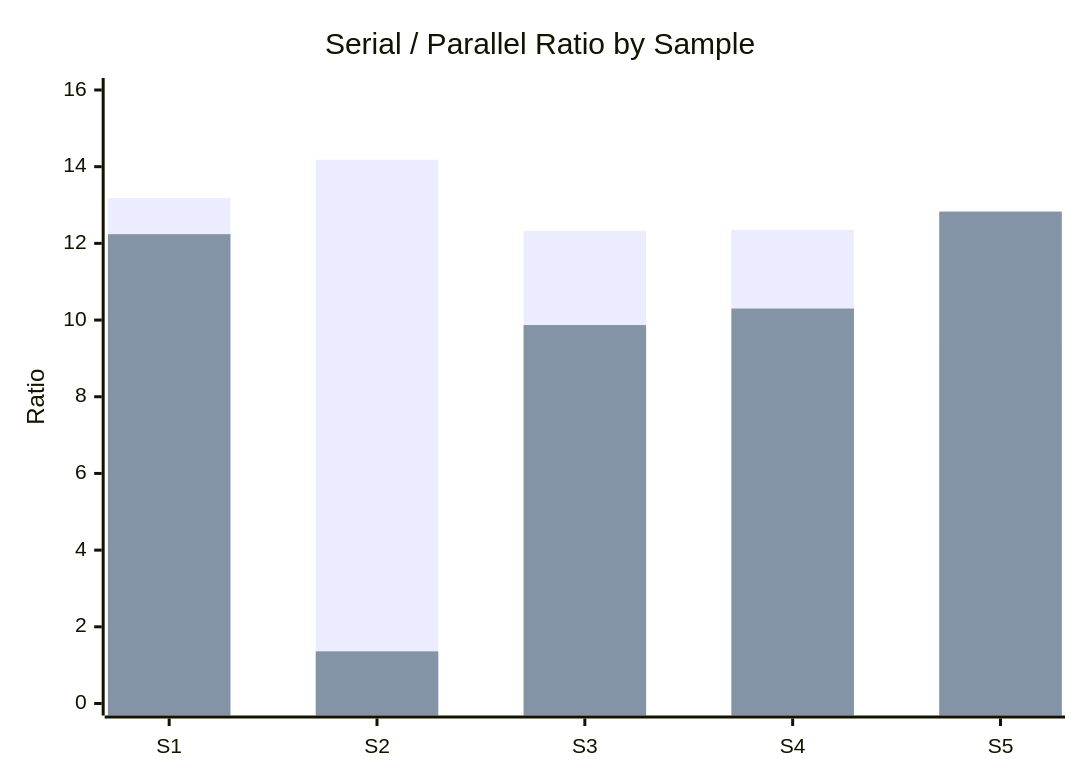
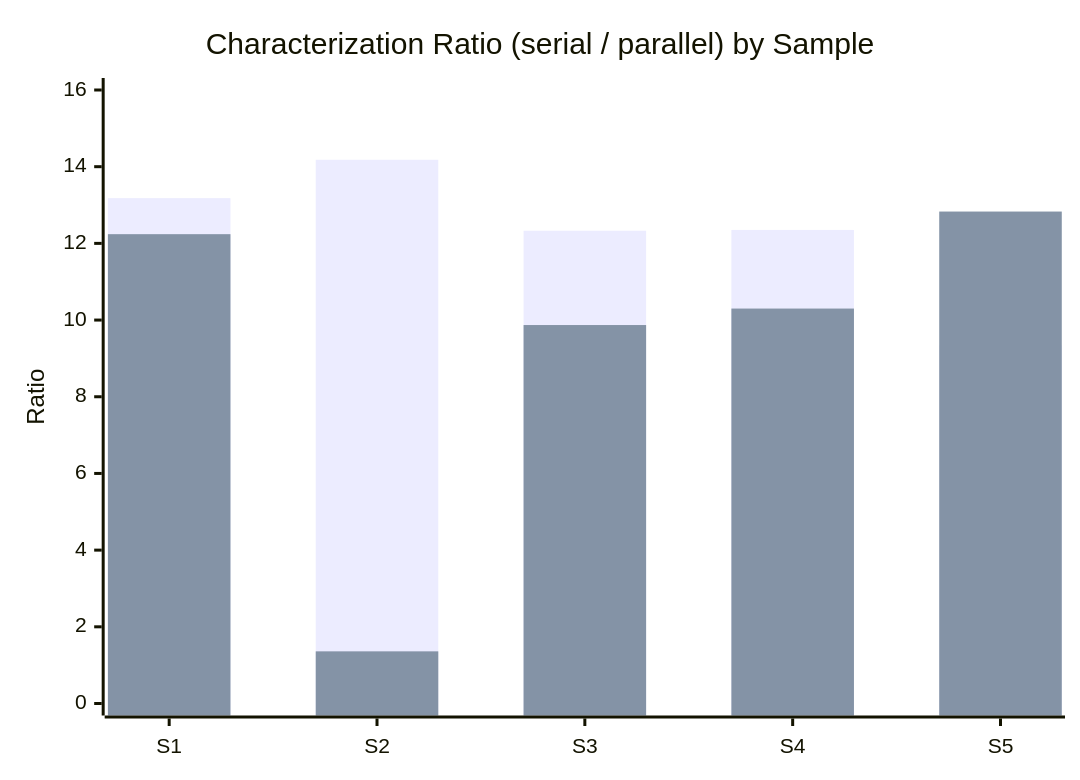
The fourth of 5 diagrams in src/posts/2026-04-25-reproducible-host-probes-nix-chapel-dhall.md (Jesssullivan/jesssullivan.github.io), drawn with Mermaid before and after one commit. The commit also changed other lines of this file, not shown here.

Commit message:
post: restore hand-edited chapel characterization draft

````diff
--- a/src/posts/2026-04-25-reproducible-host-probes-nix-chapel-dhall.md
+++ b/src/posts/2026-04-25-reproducible-host-probes-nix-chapel-dhall.md
@@ -166,8 +309,8 @@
 ```mermaid
 xychart-beta
-  title "Serial / Parallel Ratio by Sample"
+  title "Characterization Ratio (serial / parallel) by Sample"
   x-axis ["S1", "S2", "S3", "S4", "S5"]
   y-axis "Ratio" 0 --> 16
   bar "Generic" [13.18, 14.18, 12.33, 12.35, 9.34]
   bar "RT" [12.24, 1.36, 9.87, 10.30, 12.83]
 ```
````
